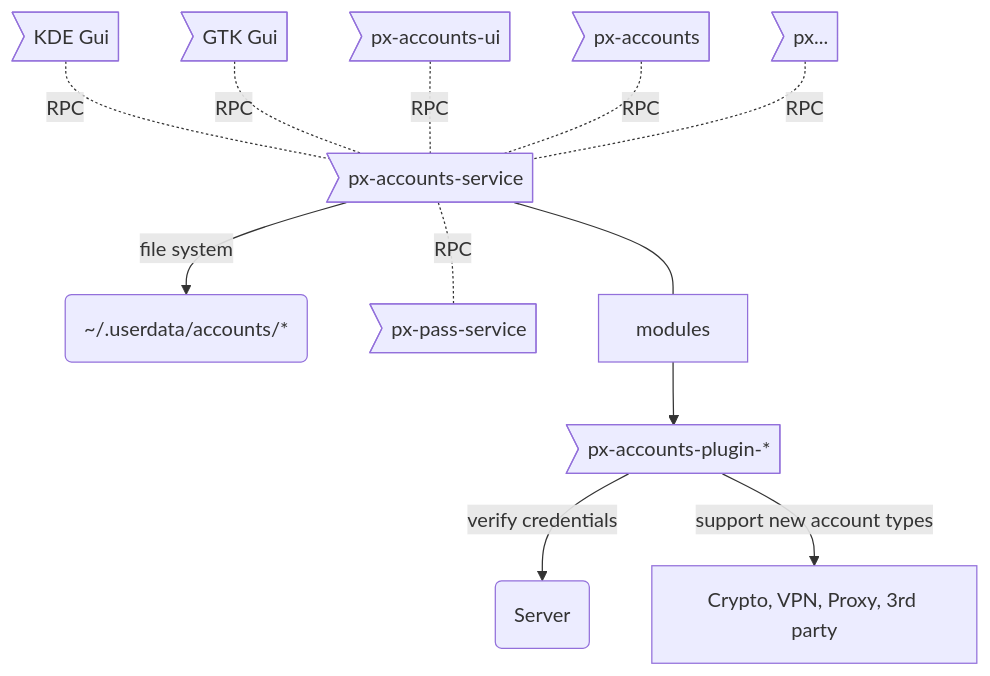
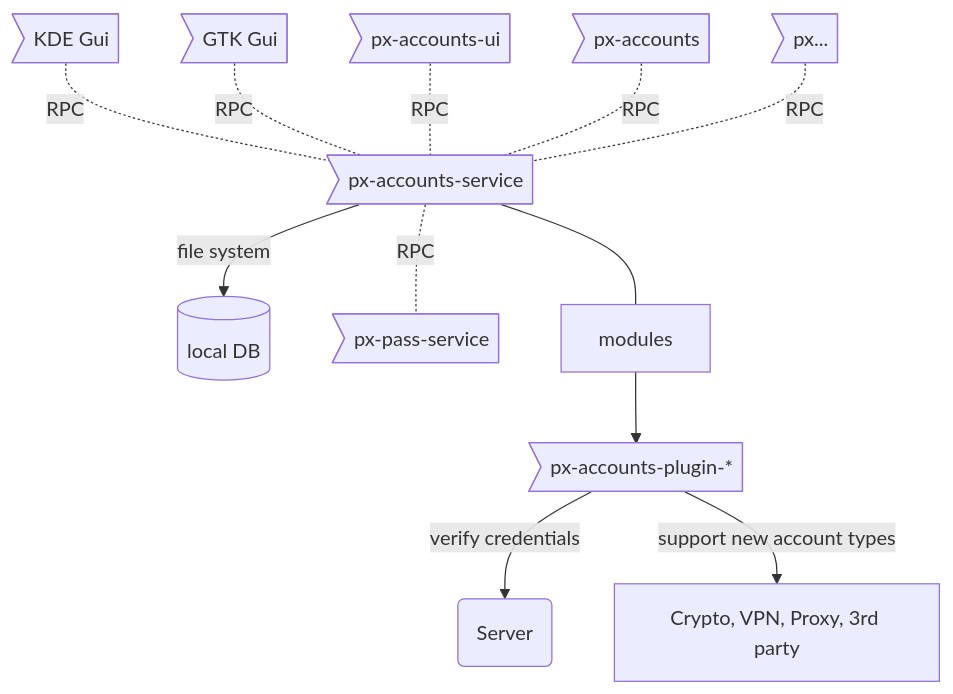
The first of 2 diagrams in README.md (PantherXOS/px-accounts-service), drawn with Mermaid before and after one commit. The commit also changed other lines of this file and 10 other files, not shown here.

````diff
--- a/README.md
+++ b/README.md
@@ -42,22 +42,22 @@
 ```mermaid
 graph TD
 SVC>px-accounts-service]
 CMD>px-accounts]
 GUI>px-accounts-ui]
-DB("~/.userdata/accounts/*")
+DB[(local DB)]
 PAS>px-pass-service]
 MOD[modules]
 PLG>px-accounts-plugin-*]
 
 KDE>KDE Gui] -.- |RPC| SVC
 GTK>GTK Gui] -.- |RPC| SVC
 GUI -.- |RPC| SVC
 CMD -.- |RPC| SVC
 PXAPP>px...] -.- |RPC| SVC
 SVC --- MOD
 SVC -.- |RPC| PAS
 MOD --> PLG
 SVC --> |file system| DB
 PLG --> |verify credentials| J(Server)
 PLG --> |support new account types| K[Crypto, VPN, Proxy, 3rd party]
 ```
````
